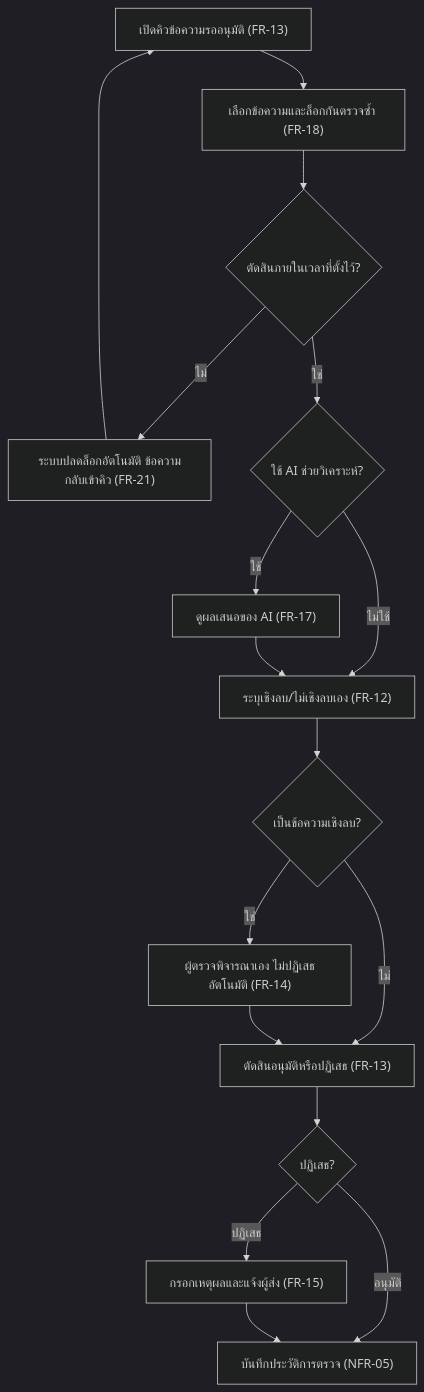
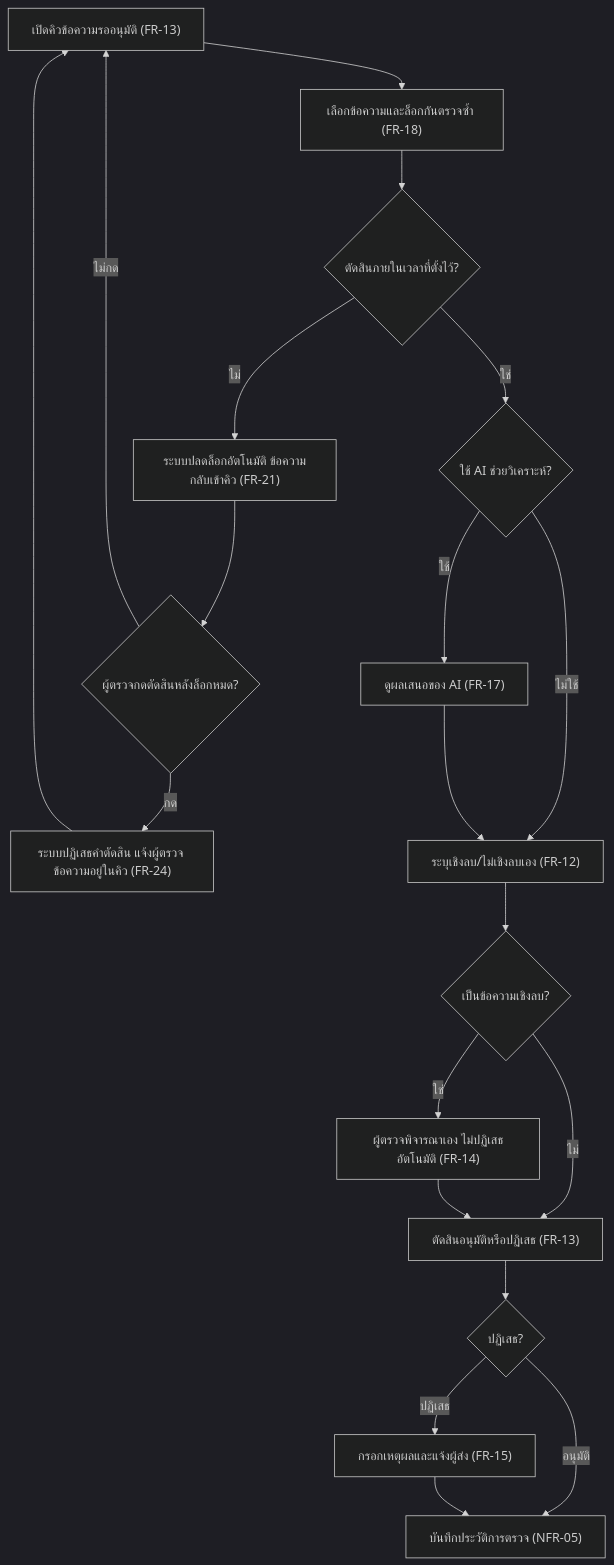
Before and after one commit to PAKOSORUS/Grade-Runway-PROJECT3: the fifth of 7 diagrams in docs/02-design/user-journey.md, drawn with Mermaid (dark theme). The commit also changed other lines of this file and 15 other files, not shown here.

````diff
--- a/docs/02-design/user-journey.md
+++ b/docs/02-design/user-journey.md
@@ -108,19 +118,22 @@
 ```mermaid
 flowchart TD
     A["เปิดคิวข้อความรออนุมัติ (FR-13)"] --> B["เลือกข้อความและล็อกกันตรวจซ้ำ (FR-18)"]
     B --> T{"ตัดสินภายในเวลาที่ตั้งไว้?"}
     T -->|ไม่| U["ระบบปลดล็อกอัตโนมัติ ข้อความกลับเข้าคิว (FR-21)"]
-    U --> A
+    U --> W{"ผู้ตรวจกดตัดสินหลังล็อกหมด?"}
+    W -->|กด| V["ระบบปฏิเสธคำตัดสิน แจ้งผู้ตรวจ ข้อความอยู่ในคิว (FR-24)"]
+    W -->|ไม่กด| A
+    V --> A
     T -->|ใช่| C{"ใช้ AI ช่วยวิเคราะห์?"}
     C -->|ใช้| D["ดูผลเสนอของ AI (FR-17)"]
     C -->|ไม่ใช้| E["ระบุเชิงลบ/ไม่เชิงลบเอง (FR-12)"]
     D --> E
     E --> F{"เป็นข้อความเชิงลบ?"}
     F -->|ใช่| G["ผู้ตรวจพิจารณาเอง ไม่ปฏิเสธอัตโนมัติ (FR-14)"]
     F -->|ไม่| H["ตัดสินอนุมัติหรือปฏิเสธ (FR-13)"]
     G --> H
     H --> I{"ปฏิเสธ?"}
     I -->|ปฏิเสธ| J["กรอกเหตุผลและแจ้งผู้ส่ง (FR-15)"]
     I -->|อนุมัติ| K["บันทึกประวัติการตรวจ (NFR-05)"]
     J --> K
 ```
````
